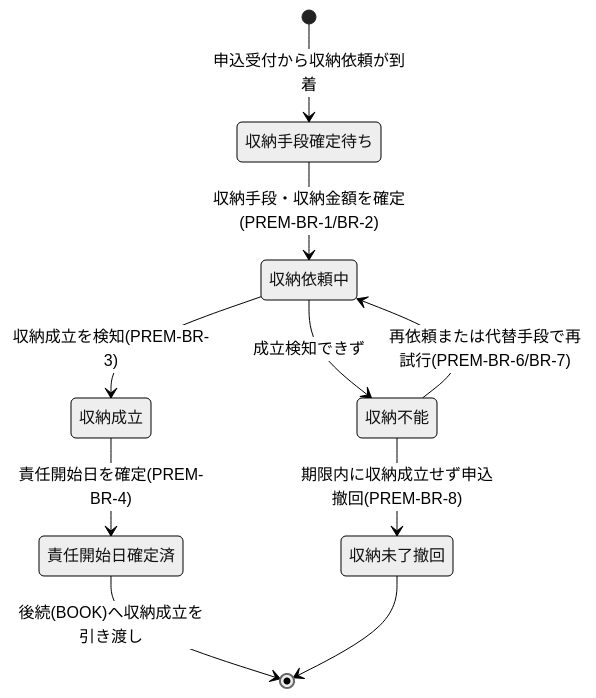
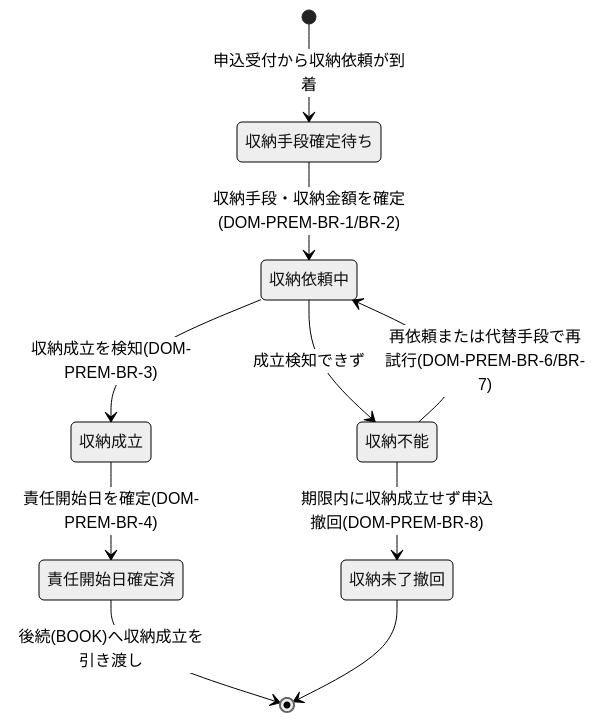
Before and after one commit to Acceler-Digital/karura-sample-artifacts-individual-life-insurance-new-business: the diagram in docs/D1.business-requirements/domain-requirements/premium-requirement-document.md, drawn with Mermaid (neutral theme). The commit also changed other lines of this file and 28 other files, not shown here.

````diff
--- a/docs/D1.business-requirements/domain-requirements/premium-requirement-document.md
+++ b/docs/D1.business-requirements/domain-requirements/premium-requirement-document.md
@@ -37,12 +37,12 @@
 ```mermaid
 stateDiagram-v2
     [*] --> 収納手段確定待ち: 申込受付から収納依頼が到着
-    収納手段確定待ち --> 収納依頼中: 収納手段・収納金額を確定(PREM-BR-1/BR-2)
-    収納依頼中 --> 収納成立: 収納成立を検知(PREM-BR-3)
+    収納手段確定待ち --> 収納依頼中: 収納手段・収納金額を確定(DOM-PREM-BR-1/BR-2)
+    収納依頼中 --> 収納成立: 収納成立を検知(DOM-PREM-BR-3)
     収納依頼中 --> 収納不能: 成立検知できず
-    収納不能 --> 収納依頼中: 再依頼または代替手段で再試行(PREM-BR-6/BR-7)
-    収納成立 --> 責任開始日確定済: 責任開始日を確定(PREM-BR-4)
+    収納不能 --> 収納依頼中: 再依頼または代替手段で再試行(DOM-PREM-BR-6/BR-7)
+    収納成立 --> 責任開始日確定済: 責任開始日を確定(DOM-PREM-BR-4)
     責任開始日確定済 --> [*]: 後続(BOOK)へ収納成立を引き渡し
-    収納不能 --> 収納未了撤回: 期限内に収納成立せず申込撤回(PREM-BR-8)
+    収納不能 --> 収納未了撤回: 期限内に収納成立せず申込撤回(DOM-PREM-BR-8)
     収納未了撤回 --> [*]
 ```
````
